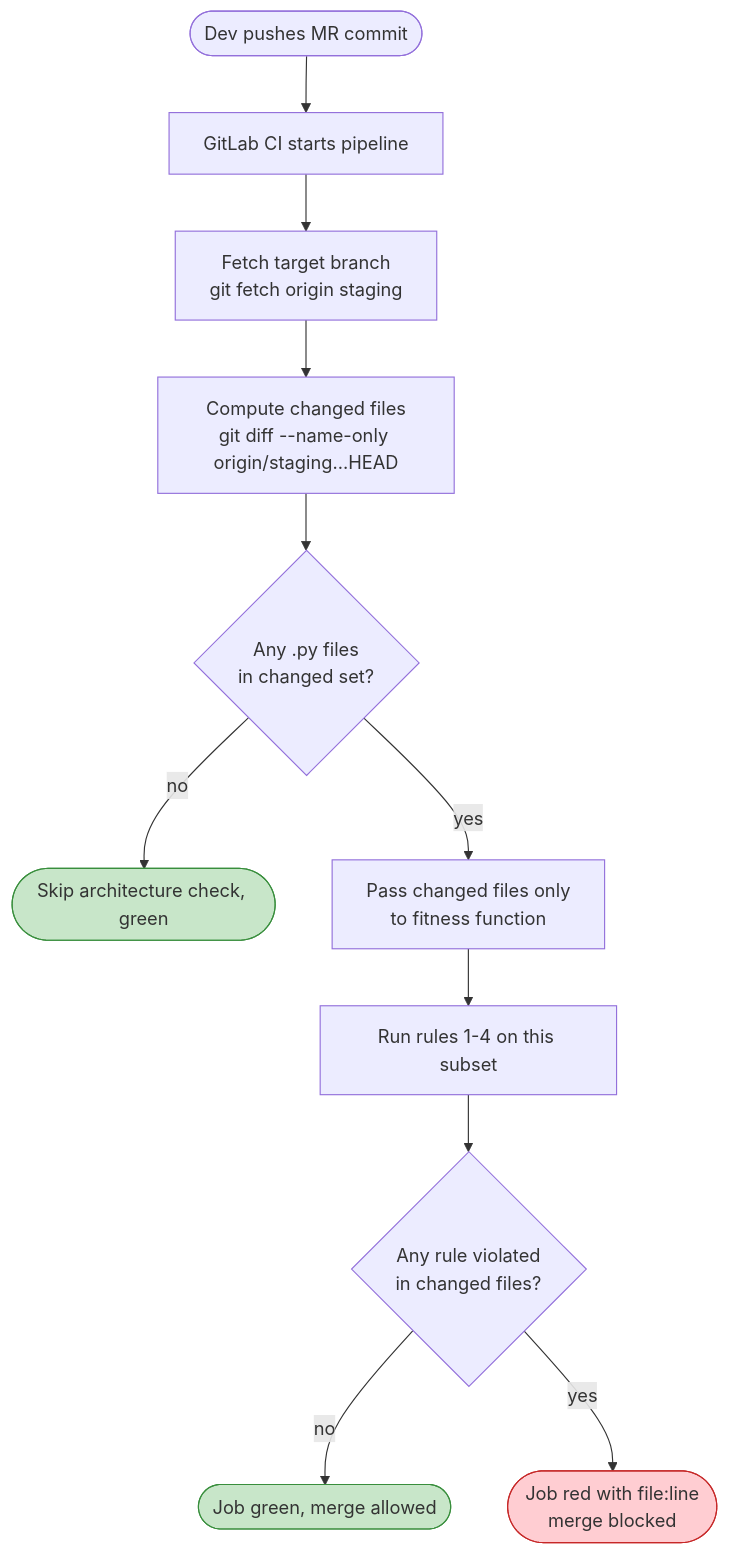
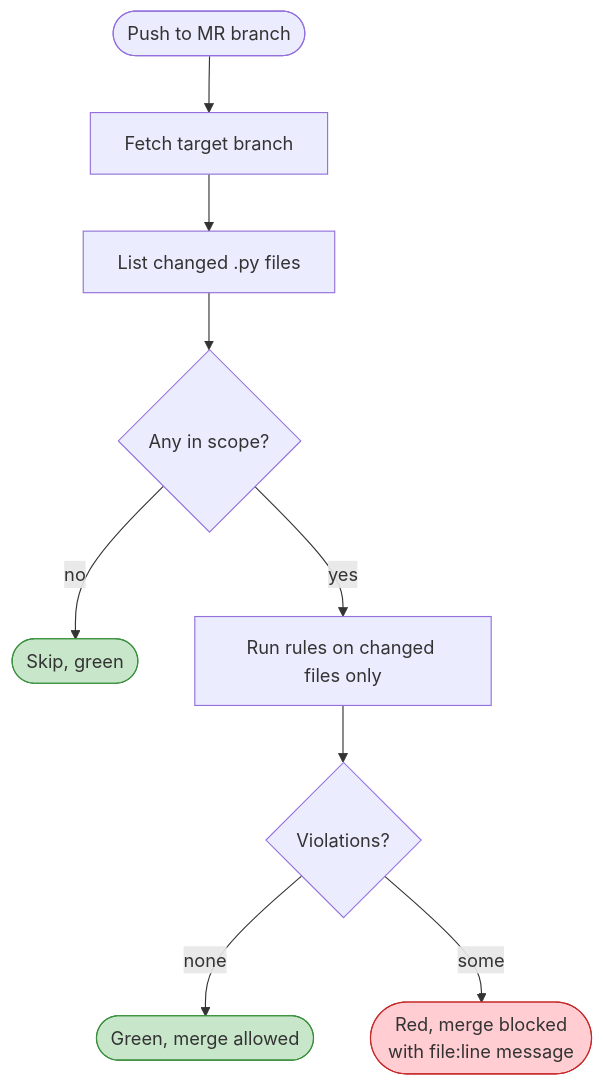
Before and after one commit to HusinHakim/blog-husin: the fourth of 6 diagrams in content/post/refactoring-fitness-functions.md, drawn with Mermaid. The commit also changed other lines of this file, not shown here.

Commit message:
Rewrite for readability: conversational hook, drop long-method rule, tighten prose

```diff
--- a/content/post/refactoring-fitness-functions.md
+++ b/content/post/refactoring-fitness-functions.md
@@ -216,16 +144,14 @@
 {{< mermaid >}}
 flowchart TB
-    Push([Dev pushes MR commit]) --> CI[GitLab CI starts pipeline]
-    CI --> Fetch[Fetch target branch<br/>git fetch origin staging]
-    Fetch --> Diff[Compute changed files<br/>git diff --name-only origin/staging...HEAD]
-    Diff --> Filter{Any .py files<br/>in changed set?}
-    Filter -- no --> Skip([Skip architecture check, green])
-    Filter -- yes --> Scope[Pass changed files only<br/>to fitness function]
-    Scope --> Run[Run rules 1-4 on this subset]
-    Run --> Result{Any rule violated<br/>in changed files?}
-    Result -- no --> Pass([Job green, merge allowed])
-    Result -- yes --> Fail([Job red with file:line<br/>merge blocked])
+    Push([Push to MR branch]) --> Fetch[Fetch target branch]
+    Fetch --> Diff[List changed .py files]
+    Diff --> Any{Any in scope?}
+    Any -- no --> Skip([Skip, green])
+    Any -- yes --> Run[Run rules on changed files only]
+    Run --> Ok{Violations?}
+    Ok -- none --> Pass([Green, merge allowed])
+    Ok -- some --> Fail([Red, merge blocked<br/>with file:line message])
     style Pass fill:#c8e6c9,stroke:#388e3c
     style Skip fill:#c8e6c9,stroke:#388e3c
     style Fail fill:#ffcdd2,stroke:#c62828
 {{< /mermaid >}}
```
